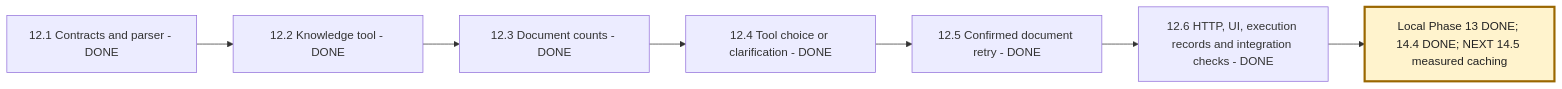
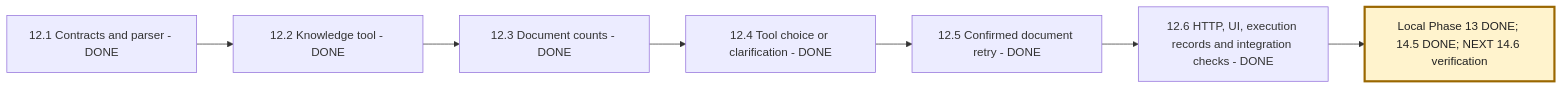
Before and after one commit to msdian0007/nexaAi: the fourth of 6 diagrams in NEXAAI_ROADMAP.md, drawn with Mermaid. The commit also changed other lines of this file and 9 other files, not shown here.

````diff
--- a/NEXAAI_ROADMAP.md
+++ b/NEXAAI_ROADMAP.md
@@ -315,10 +318,10 @@
 ```mermaid
 flowchart LR
     A[12.1 Contracts and parser - DONE] --> B[12.2 Knowledge tool - DONE]
     B --> C[12.3 Document counts - DONE]
     C --> D[12.4 Tool choice or clarification - DONE]
     D --> E[12.5 Confirmed document retry - DONE]
     E --> F[12.6 HTTP, UI, execution records and integration checks - DONE]
-    F --> G[Local Phase 13 DONE; 14.4 DONE; NEXT 14.5 measured caching]
+    F --> G[Local Phase 13 DONE; 14.5 DONE; NEXT 14.6 verification]
     style G fill:#fff3cd,stroke:#9a6700,stroke-width:3px,color:#222
 ```
````
